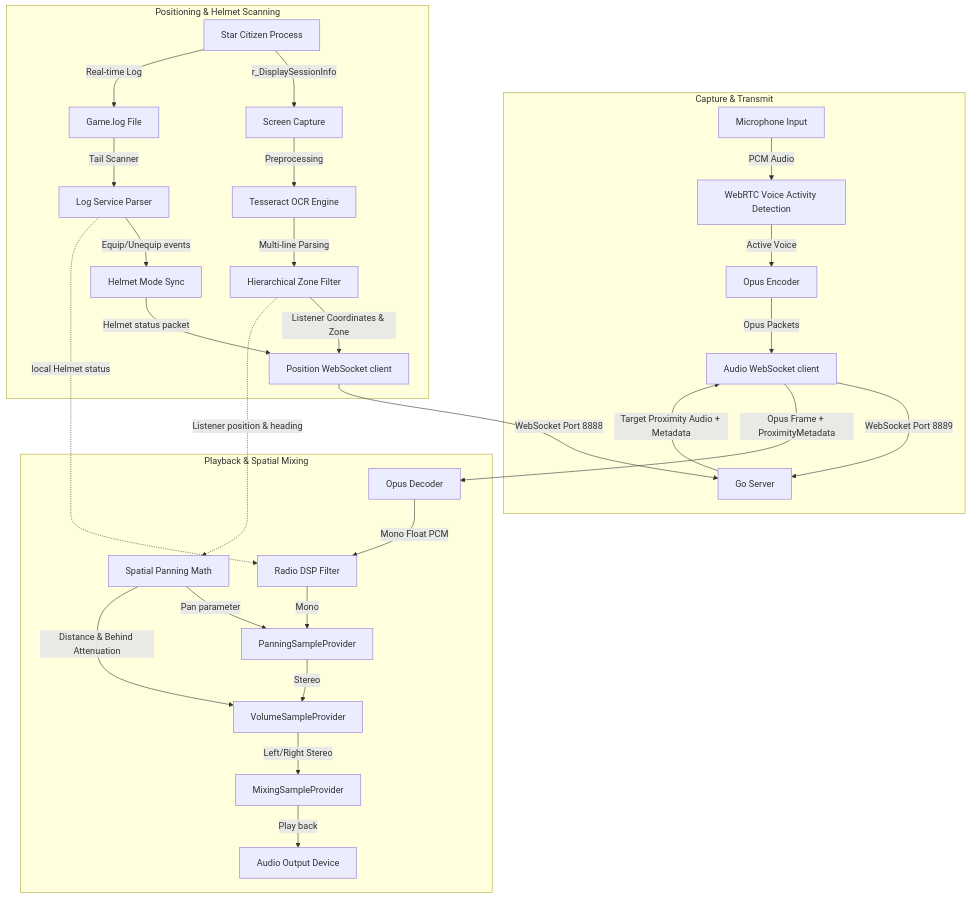
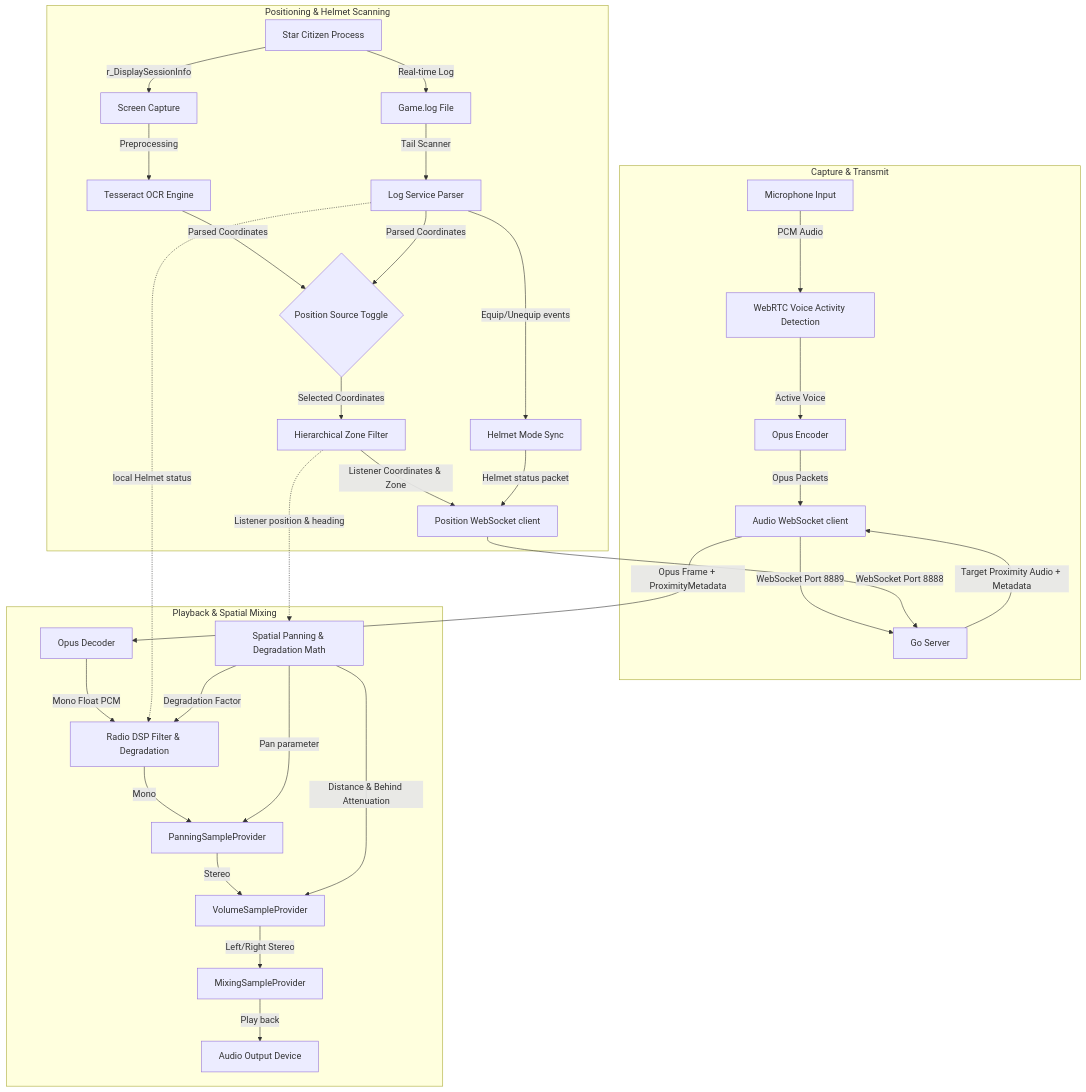
The diagram in README.md (XuruDragon/XuruVOIP), drawn with Mermaid before and after one commit. The commit also changed other lines of this file and 17 other files, not shown here.

First line of the commit message:
docs,tests: document position source toggle, radio dsp effects, overlay, and radar map

````diff
--- a/README.md
+++ b/README.md
@@ -78,39 +78,45 @@
 ```mermaid
 graph TD
     subgraph Capture & Transmit
         Mic[Microphone Input] -->|PCM Audio| VAD[WebRTC Voice Activity Detection]
         VAD -->|Active Voice| OpusEnc[Opus Encoder]
         OpusEnc -->|Opus Packets| AudioWS[Audio WebSocket client]
         AudioWS -->|WebSocket Port 8889| Server[Go Server]
     end
 
     subgraph Positioning & Helmet Scanning
         SC[Star Citizen Process] -->|r_DisplaySessionInfo| Screen[Screen Capture]
         Screen -->|Preprocessing| Tess[Tesseract OCR Engine]
-        Tess -->|Multi-line Parsing| Zone[Hierarchical Zone Filter]
+        
+        SC -->|Real-time Log| GameLog[Game.log File]
+        GameLog -->|Tail Scanner| LogParser[Log Service Parser]
+        
+        Tess -->|Parsed Coordinates| PosSelector{Position Source Toggle}
+        LogParser -->|Parsed Coordinates| PosSelector
+        
+        PosSelector -->|Selected Coordinates| Zone[Hierarchical Zone Filter]
         Zone -->|Listener Coordinates & Zone| PosWS[Position WebSocket client]
         PosWS -->|WebSocket Port 8888| Server
 
-        SC -->|Real-time Log| GameLog[Game.log File]
-        GameLog -->|Tail Scanner| LogParser[Log Service Parser]
         LogParser -->|Equip/Unequip events| Helmet[Helmet Mode Sync]
         Helmet -->|Helmet status packet| PosWS
     end
 
     subgraph Playback & Spatial Mixing
         Server -->|Target Proximity Audio + Metadata| AudioWS
         AudioWS -->|Opus Frame + ProximityMetadata| Decoder[Opus Decoder]
-        Decoder -->|Mono Float PCM| DSP[Radio DSP Filter]
+        Decoder -->|Mono Float PCM| DSP[Radio DSP Filter & Degradation]
         DSP -->|Mono| Panner[PanningSampleProvider]
         Panner -->|Stereo| Volume[VolumeSampleProvider]
         
         LogParser -.->|local Helmet status| DSP
-        Zone -.->|Listener position & heading| MixerMath[Spatial Panning Math]
+        Zone -.->|Listener position & heading| MixerMath[Spatial Panning & Degradation Math]
         
         MixerMath -->|Pan parameter| Panner
         MixerMath -->|Distance & Behind Attenuation| Volume
+        MixerMath -->|Degradation Factor| DSP
         
         Volume -->|Left/Right Stereo| Mixer[MixingSampleProvider]
         Mixer -->|Play back| Speakers[Audio Output Device]
     end
 ```
````
